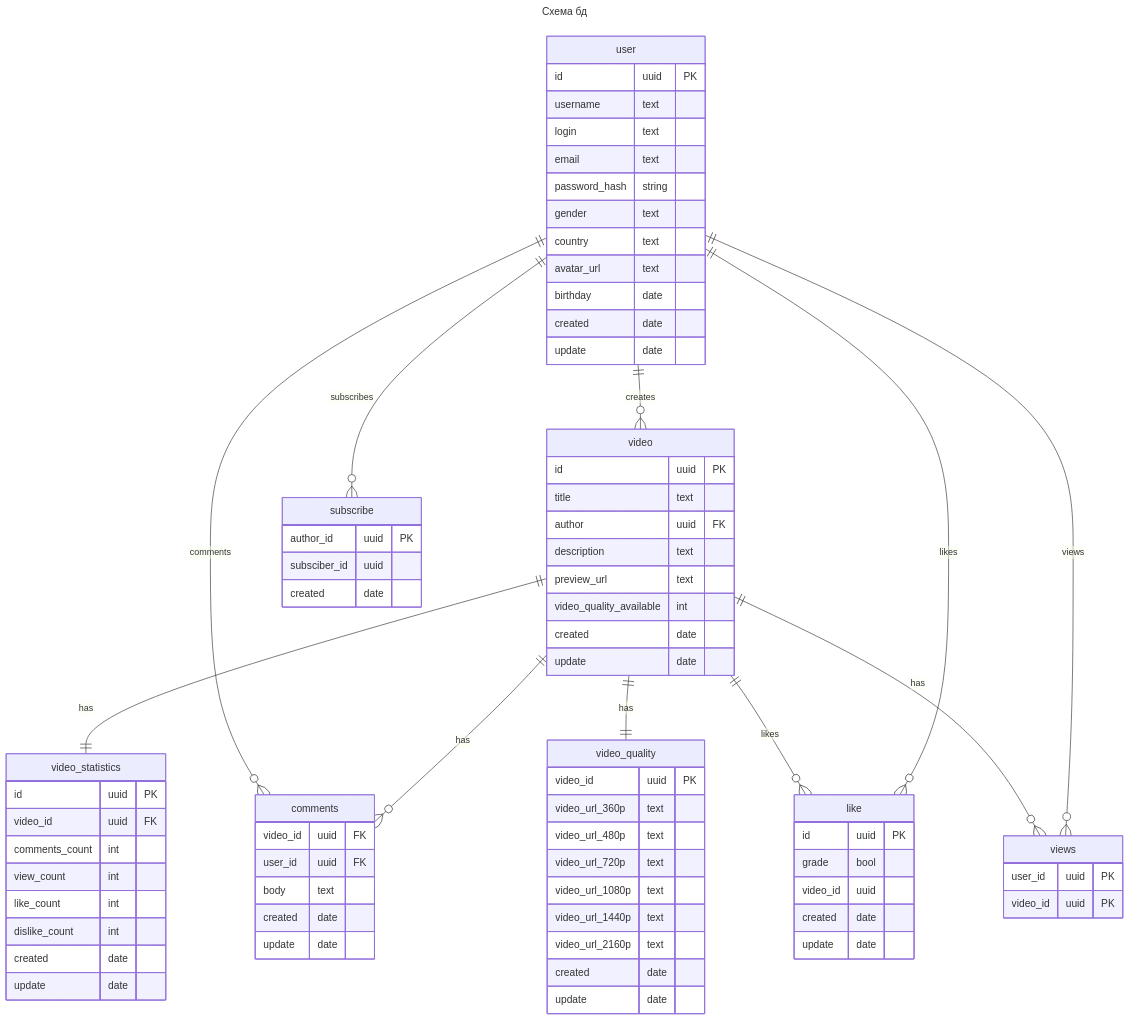
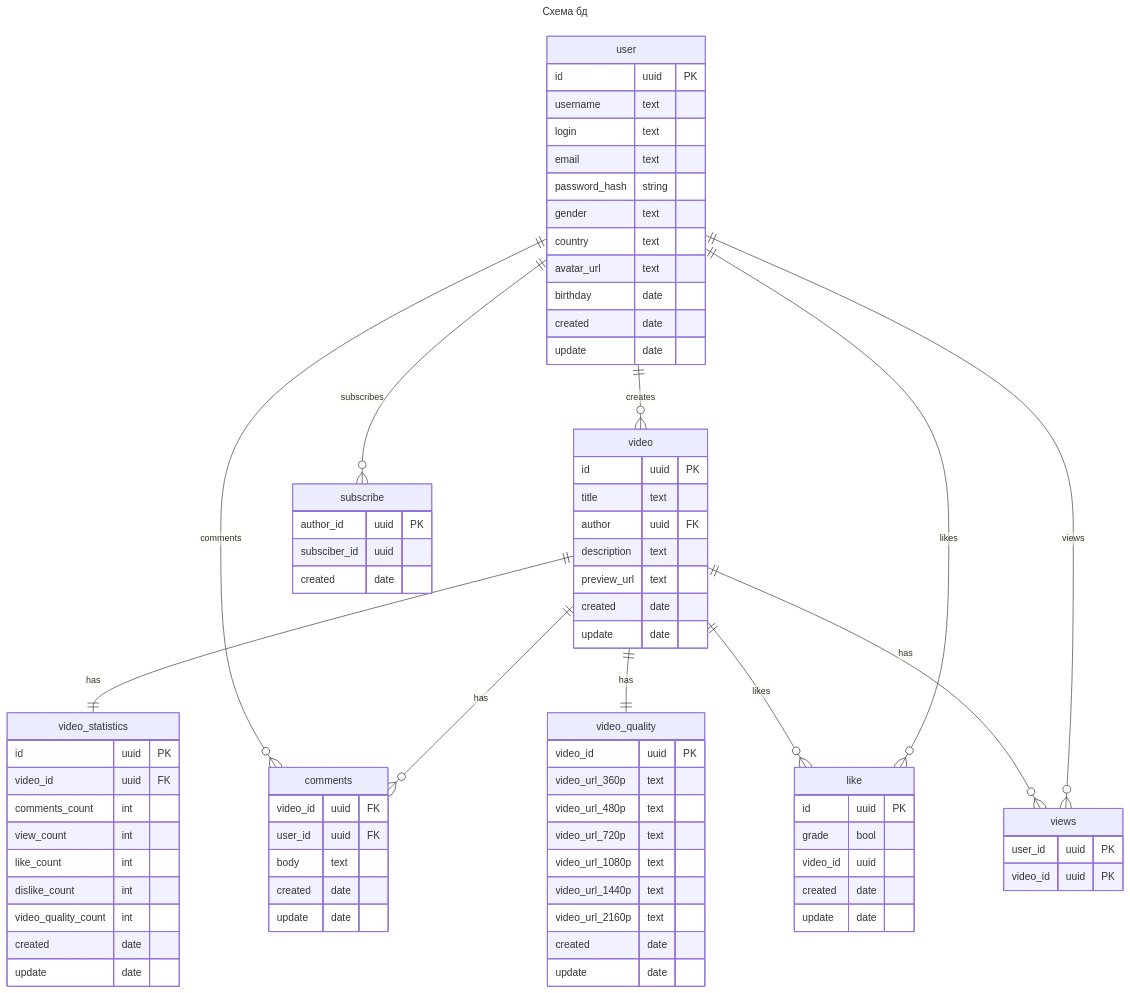
One commit to DmitriyKomarovCoder/higload-youtube changed the diagram in README.md. Above: the diagram before and after it, drawn with Mermaid.

Commit message:
db schema

```diff
--- a/README.md
+++ b/README.md
@@ -480,7 +480,6 @@
         author uuid FK
         description text
         preview_url text
-        video_quality_available int
         created date
         update date
     }
@@ -504,6 +503,7 @@
         view_count int
         like_count int
         dislike_count int
+        video_quality_count int
         created date
         update date
     }
```
